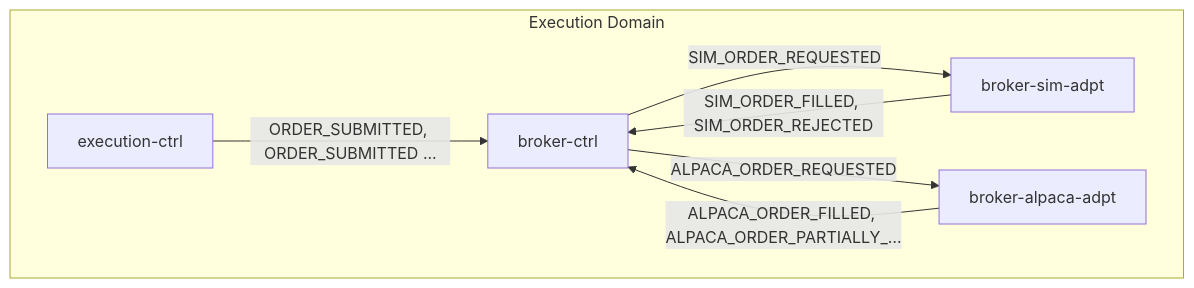
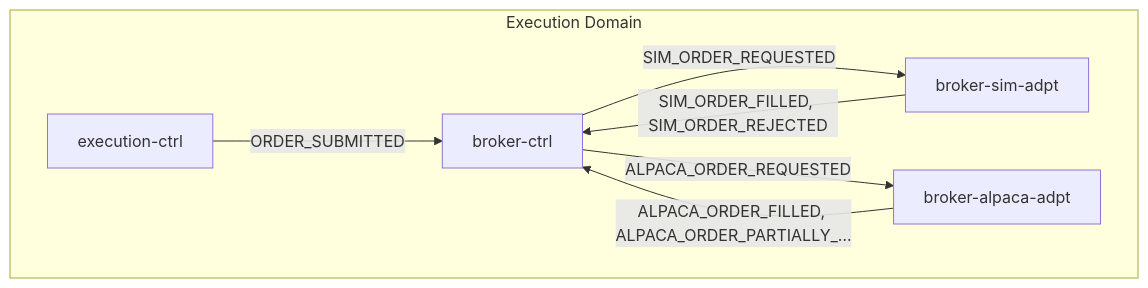
One commit to fabio-vitali/nestfolio changed the first of 2 diagrams in docs/data-flows/order-execution.md. Above: the diagram before and after it, drawn with Mermaid. The commit also changed other lines of this file and 25 other files, not shown here.

First line of the commit message:
docs(data-flows): sync flow specs to code + harden generator

````diff
--- a/docs/data-flows/order-execution.md
+++ b/docs/data-flows/order-execution.md
@@ -11,14 +11,14 @@
 ```mermaid
 flowchart TD
     subgraph execution["Execution Domain"]
         execution_ctrl["execution-ctrl"]
         broker_ctrl["broker-ctrl"]
         broker_sim_adpt["broker-sim-adpt"]
         broker_alpaca_adpt["broker-alpaca-adpt"]
     end
-    execution_ctrl -->|"ORDER_SUBMITTED, ORDER_SUBMITTED ..."| broker_ctrl
+    execution_ctrl -->|"ORDER_SUBMITTED"| broker_ctrl
     broker_ctrl -->|"SIM_ORDER_REQUESTED"| broker_sim_adpt
     broker_ctrl -->|"ALPACA_ORDER_REQUESTED"| broker_alpaca_adpt
     broker_sim_adpt -->|"SIM_ORDER_FILLED, SIM_ORDER_REJECTED"| broker_ctrl
     broker_alpaca_adpt -->|"ALPACA_ORDER_FILLED, ALPACA_ORDER_PARTIALLY_…"| broker_ctrl
 ```
````
